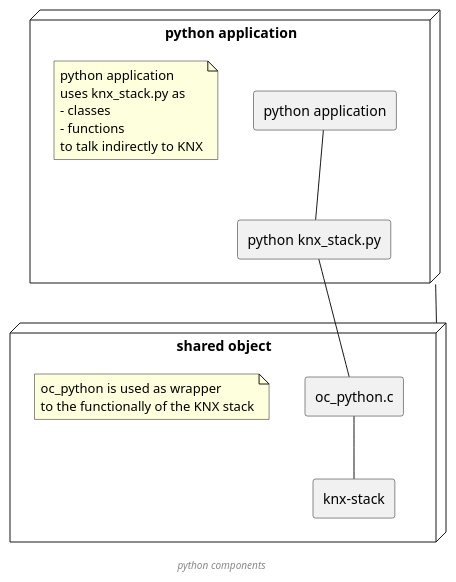
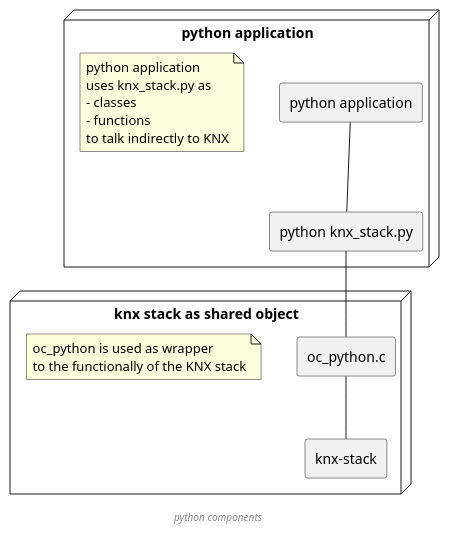
The diagram in images/python-architecture.puml (KNX-IOT/KNX-IOT-STACK), drawn with PlantUML before and after one commit.

Commit message:
changed diagram (for keep sake)

```diff
--- a/images/python-architecture.puml
+++ b/images/python-architecture.puml
@@ -1,31 +1,30 @@
 @startuml
 skinparam componentStyle rectangle
 
 node "python application" as py{
     rectangle "python application" as pih
     rectangle "python knx_stack.py" as pis
  note as app
 python application
 uses knx_stack.py as 
 - classes
 - functions
 to talk indirectly to KNX
 end note
 }
 
-node "shared object" as dll{
+node "knx stack as shared object" as dll{
     rectangle "oc_python.c" as so_pi
     rectangle "knx-stack" as so_obj
  note as N2
 oc_python is used as wrapper
 to the functionally of the KNX stack
 end note
 }
 
 pis -- so_pi
-py -- dll
 pih -- pis
 so_pi -- so_obj
 
 footer //python components//
 @enduml
```
